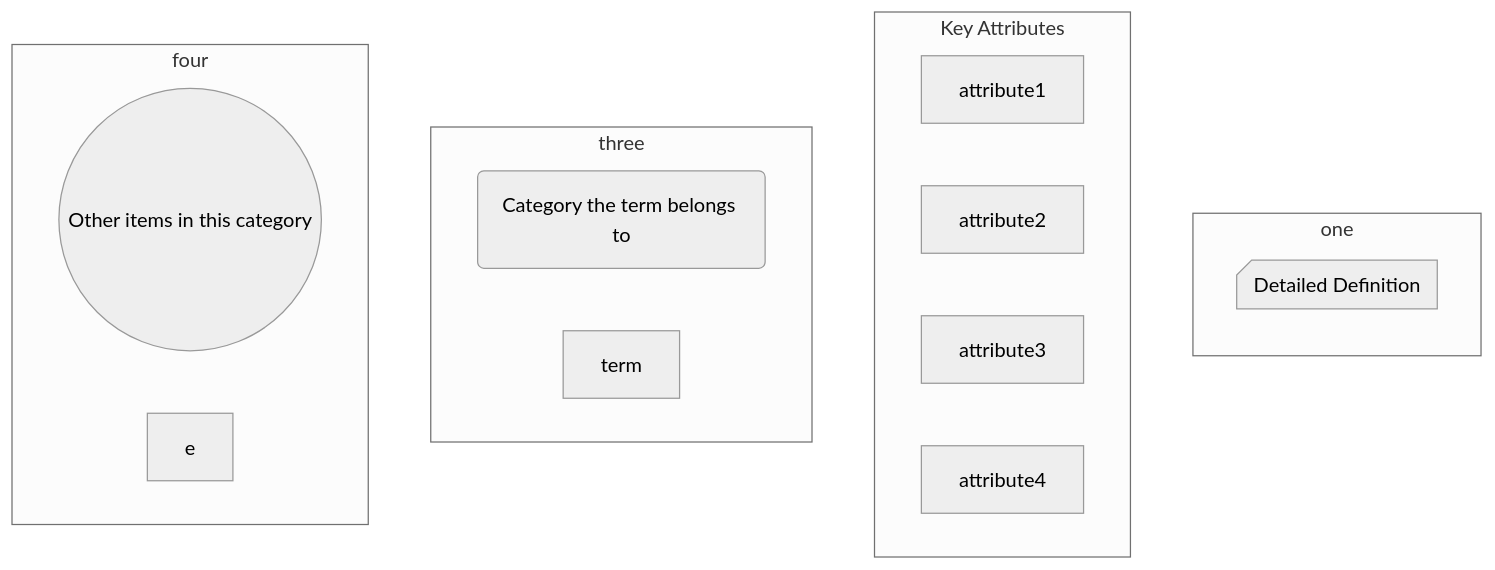
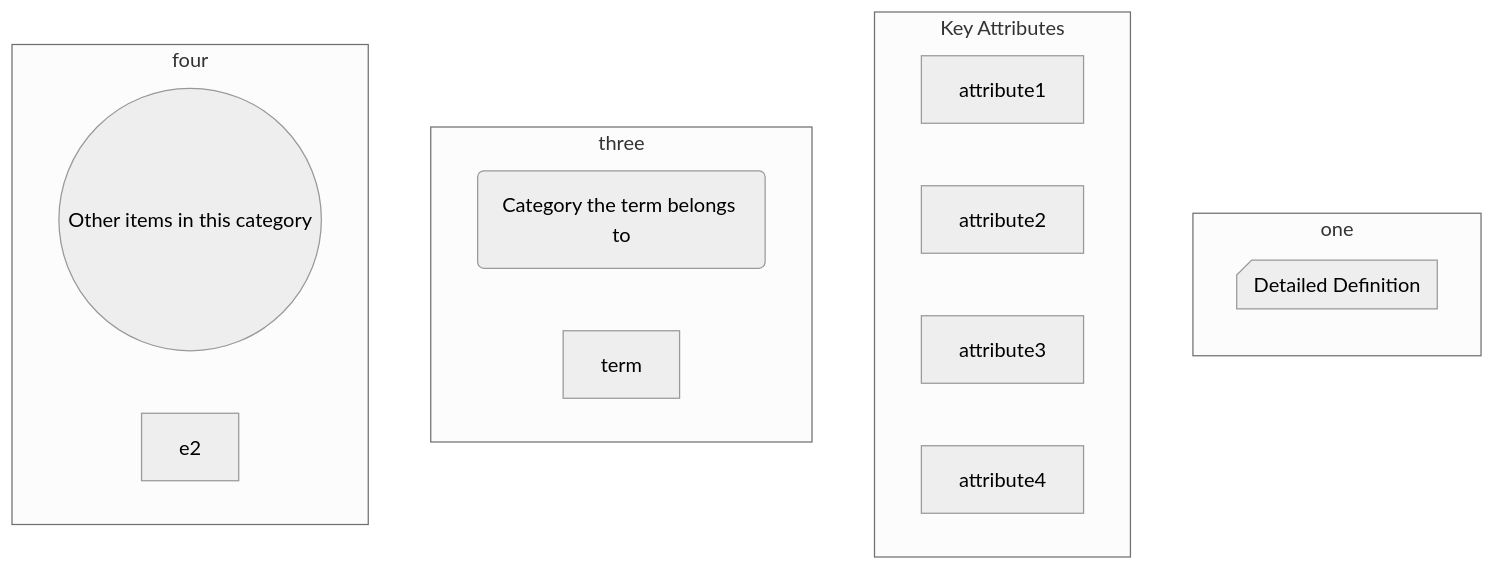
One commit to gerbssusd/dok changed the diagram in slides.md. Above: the diagram before and after it, drawn with Mermaid (neutral theme).

````diff
--- a/slides.md
+++ b/slides.md
@@ -217,28 +217,28 @@
 ```mermaid
 flowchart TB
     subgraph one 
      direction TB
     a1@{ shape: card, label: Detailed Definition}
      end
     subgraph Key Attributes
      d1[attribute1]
      d2[attribute2]
      d3[attribute3]
      d4[attribute4]
      end
     subgraph three
       direction RL
         b1(Category the term belongs to)
         b2[term]
         end
     subgraph four
         e1((Other items in this category))
-        e
+        e2
         end
 
 
 
 
 
 
 ```
````
